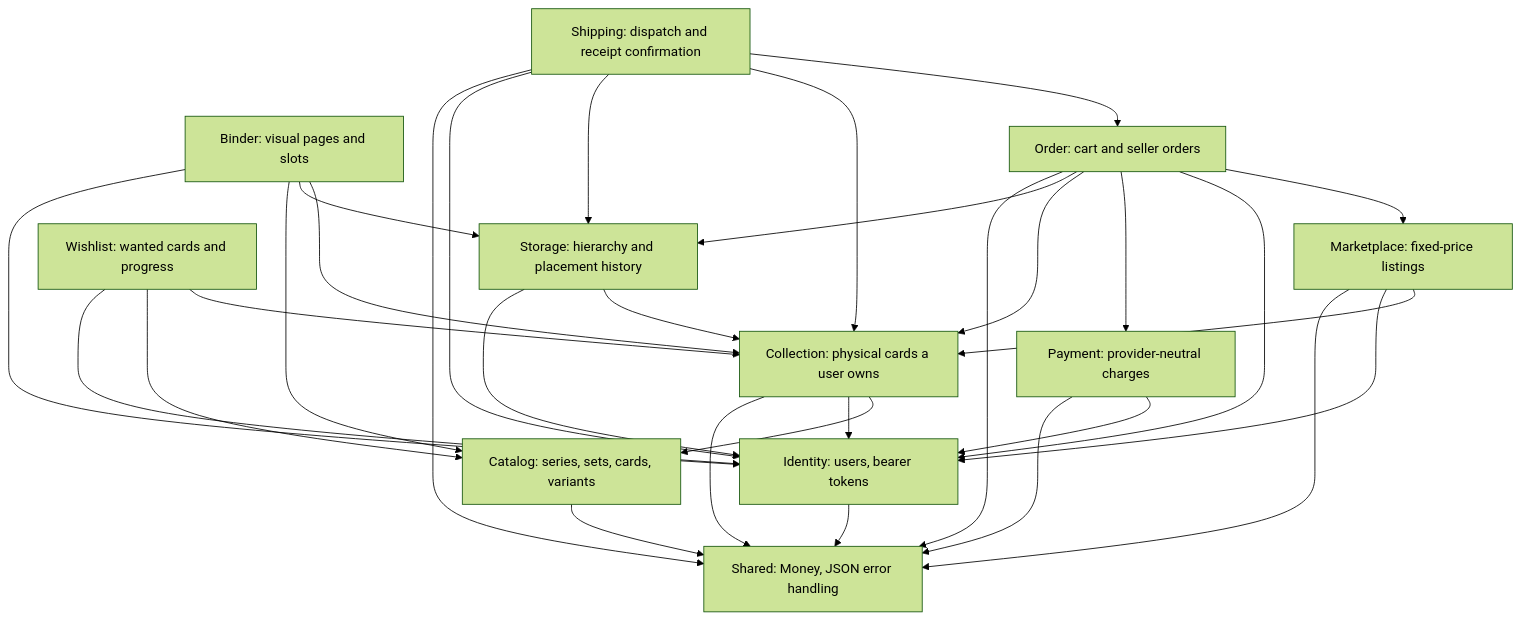
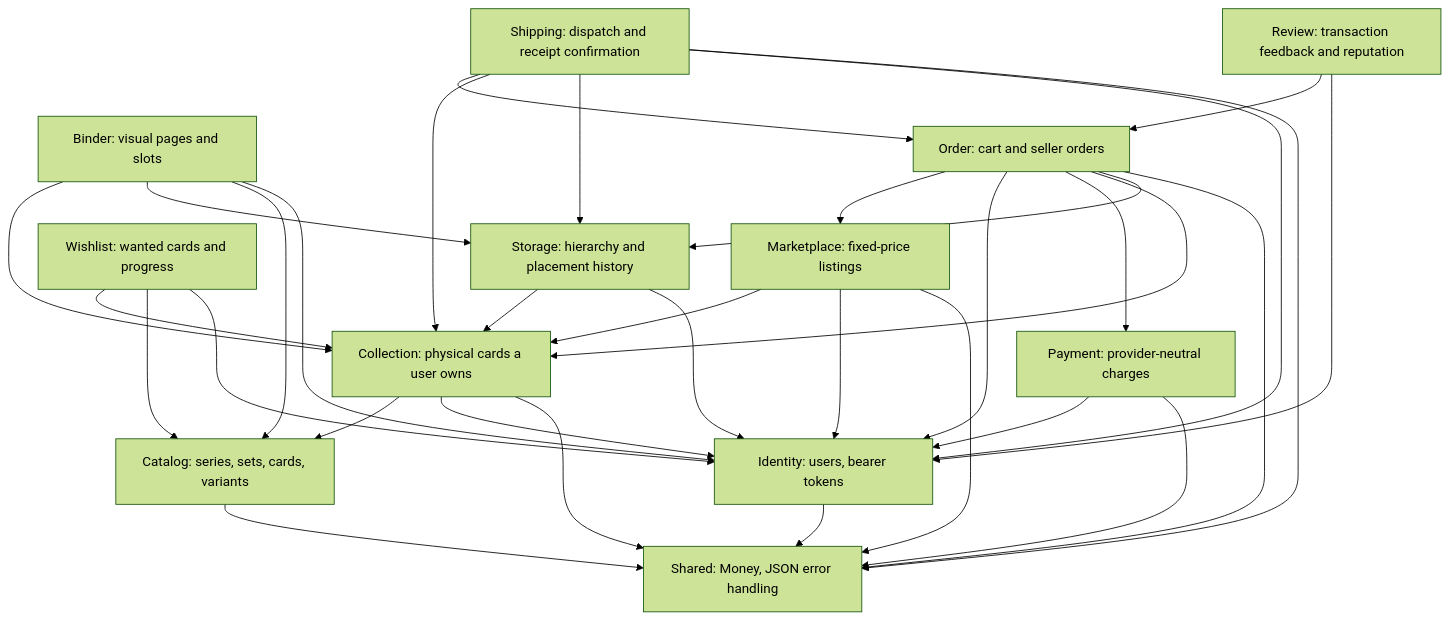
One commit to Jelmer-Ketelaar/CardNest changed the third of 7 diagrams in docs/architecture.md. Above: the diagram before and after it, drawn with Mermaid (forest theme). The commit also changed other lines of this file and 40 other files, not shown here.

Commit message:
[main] Add order reviews and public reputation

````diff
--- a/docs/architecture.md
+++ b/docs/architecture.md
@@ -65,45 +65,48 @@
 ```mermaid
 flowchart TD
     Identity[Identity: users, bearer tokens]
     Catalog[Catalog: series, sets, cards, variants]
     Collection[Collection: physical cards a user owns]
     Storage[Storage: hierarchy and placement history]
     Binder[Binder: visual pages and slots]
     Wishlist[Wishlist: wanted cards and progress]
     Marketplace[Marketplace: fixed-price listings]
     Order[Order: cart and seller orders]
     Payment[Payment: provider-neutral charges]
     Shipping[Shipping: dispatch and receipt confirmation]
+    Review[Review: transaction feedback and reputation]
     Shared[Shared: Money, JSON error handling]
 
     Collection --> Catalog
     Collection --> Identity
     Storage --> Collection
     Storage --> Identity
     Binder --> Collection
     Binder --> Storage
     Binder --> Catalog
     Binder --> Identity
     Wishlist --> Collection
     Wishlist --> Catalog
     Wishlist --> Identity
     Marketplace --> Collection
     Marketplace --> Identity
     Marketplace --> Shared
     Order --> Marketplace
     Order --> Identity
     Order --> Payment
     Order --> Collection
     Order --> Storage
     Order --> Shared
     Shipping --> Order
     Shipping --> Collection
     Shipping --> Storage
     Shipping --> Identity
     Shipping --> Shared
+    Review --> Order
+    Review --> Identity
     Payment --> Identity
     Payment --> Shared
     Catalog --> Shared
     Collection --> Shared
     Identity --> Shared
 ```
````
